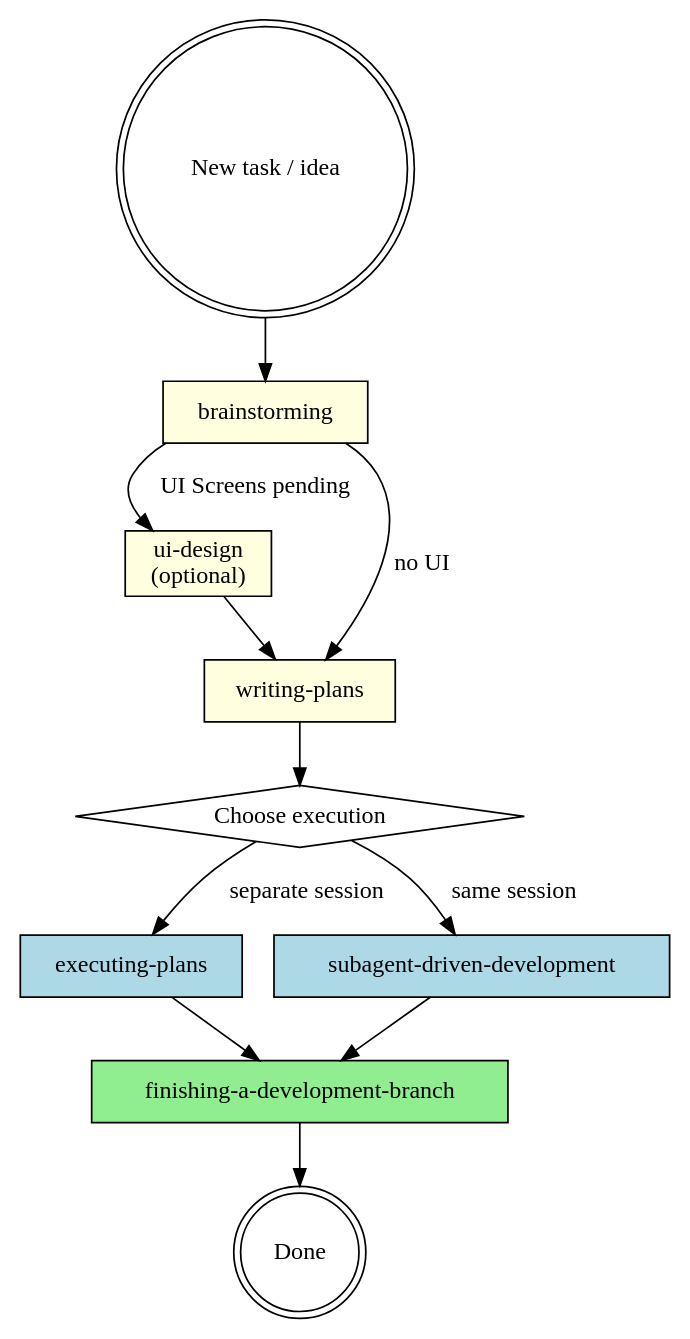
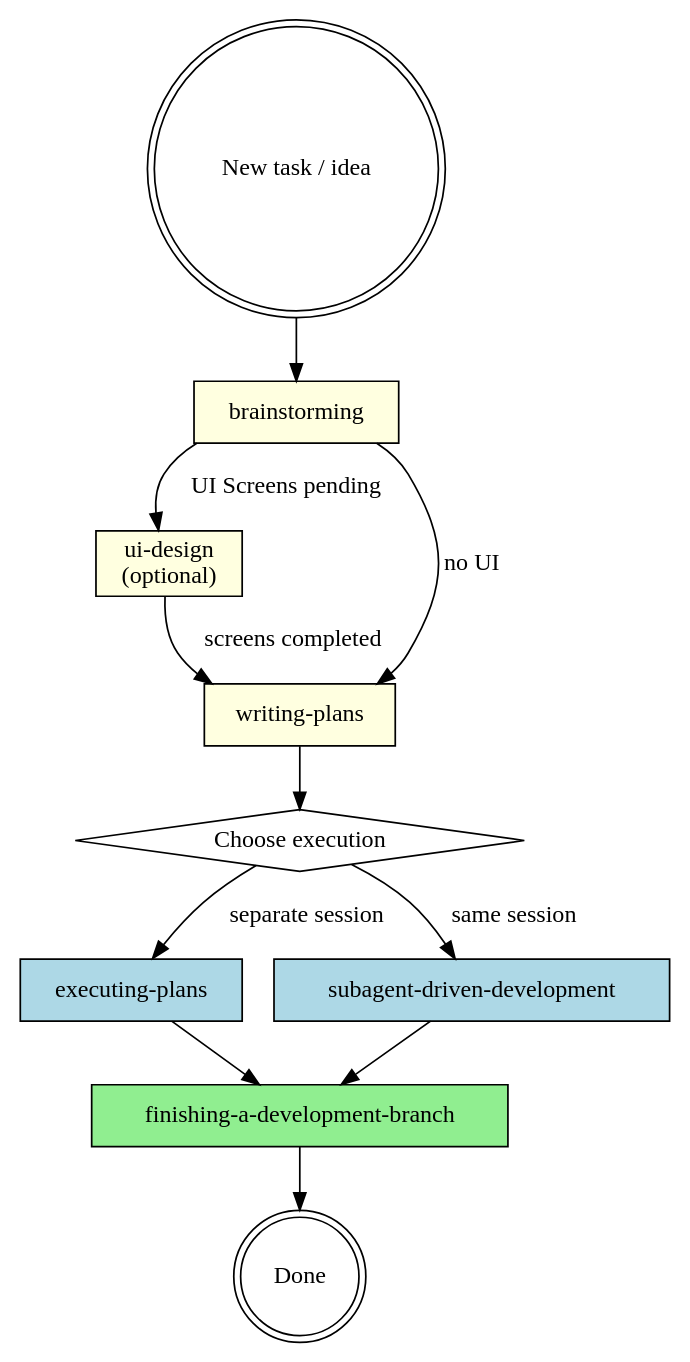
Before and after one commit to Kodria/agentic-workflow: the diagram in registry/skills/development-process/SKILL.md, drawn with Graphviz. The commit also changed other lines of this file, not shown here.

````diff
--- a/registry/skills/development-process/SKILL.md
+++ b/registry/skills/development-process/SKILL.md
@@ -16,26 +16,26 @@
 ```dot
 digraph lifecycle {
     rankdir=TB;
 
     "New task / idea" [shape=doublecircle];
     "brainstorming" [shape=box, style=filled, fillcolor=lightyellow];
     "ui-design" [shape=box, style=filled, fillcolor=lightyellow, label="ui-design\n(optional)"];
     "writing-plans" [shape=box, style=filled, fillcolor=lightyellow];
     "Choose execution" [shape=diamond];
     "executing-plans" [shape=box, style=filled, fillcolor=lightblue];
     "subagent-driven-development" [shape=box, style=filled, fillcolor=lightblue];
     "finishing-a-development-branch" [shape=box, style=filled, fillcolor=lightgreen];
     "Done" [shape=doublecircle];
 
     "New task / idea" -> "brainstorming";
     "brainstorming" -> "ui-design" [label="UI Screens pending"];
     "brainstorming" -> "writing-plans" [label="no UI"];
-    "ui-design" -> "writing-plans";
+    "ui-design" -> "writing-plans" [label="screens completed"];
     "writing-plans" -> "Choose execution";
     "Choose execution" -> "executing-plans" [label="separate session"];
     "Choose execution" -> "subagent-driven-development" [label="same session"];
     "executing-plans" -> "finishing-a-development-branch";
     "subagent-driven-development" -> "finishing-a-development-branch";
     "finishing-a-development-branch" -> "Done";
 }
 ```
````
